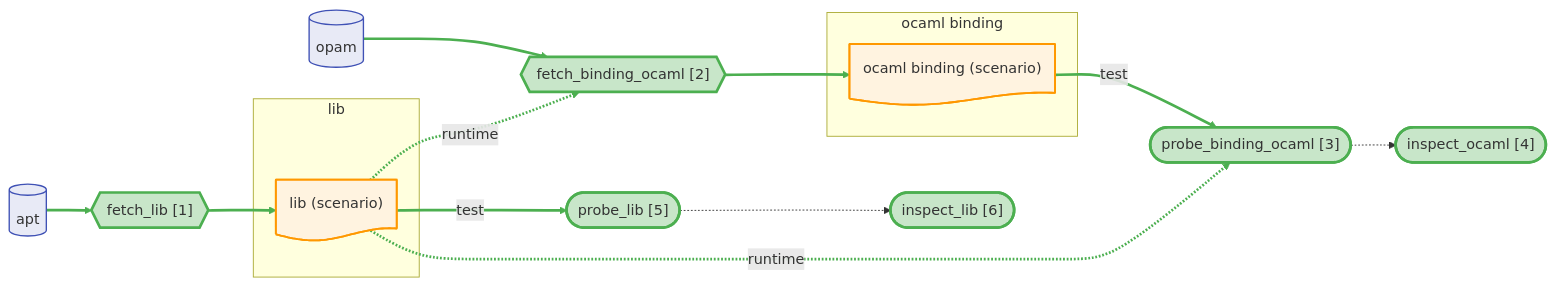
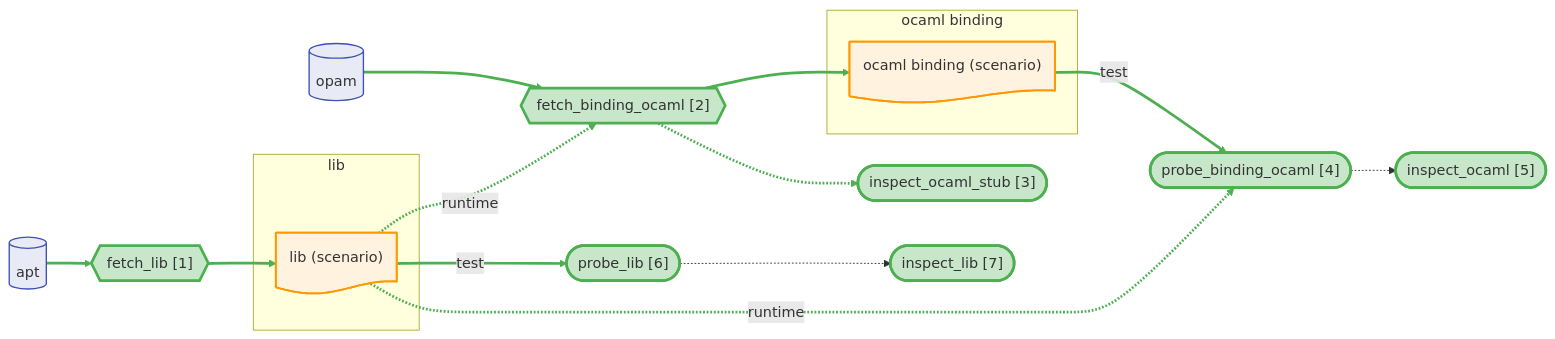
Before and after one commit to JHU-PL-Lab/tola: the diagram in docs/canary/projects/cairo/-run/diagrams/full.mmd, drawn with Mermaid. The commit also changed 129 other files, not shown here.

```diff
--- a/docs/canary/projects/cairo/-run/diagrams/full.mmd
+++ b/docs/canary/projects/cairo/-run/diagrams/full.mmd
@@ -1,53 +1,57 @@
 %% view: full
 graph LR
     subgraph lib_sg ["lib"]
       lib_node@{ shape: doc, label: "lib (scenario)" }
     end
     subgraph ocaml_binding_sg ["ocaml binding"]
       ocaml_binding_node@{ shape: doc, label: "ocaml binding (scenario)" }
     end
 
     apt_store@{ shape: cyl, label: "apt" }
     opam_store@{ shape: cyl, label: "opam" }
 
     A_fetch_lib{{"fetch_lib [1]"}}
     A_fetch_binding_ocaml{{"fetch_binding_ocaml [2]"}}
-    A_probe_binding_ocaml(["probe_binding_ocaml [3]"])
-    A_probe_binding_ocaml_inspect(["inspect_ocaml [4]"])
-    A_probe_lib(["probe_lib [5]"])
-    A_probe_lib_inspect(["inspect_lib [6]"])
+    A_fetch_binding_ocaml_stub_inspect(["inspect_ocaml_stub [3]"])
+    A_probe_binding_ocaml(["probe_binding_ocaml [4]"])
+    A_probe_binding_ocaml_inspect(["inspect_ocaml [5]"])
+    A_probe_lib(["probe_lib [6]"])
+    A_probe_lib_inspect(["inspect_lib [7]"])
 
     apt_store --> A_fetch_lib --> lib_node
     lib_node -->|test| A_probe_lib
     opam_store --> A_fetch_binding_ocaml --> ocaml_binding_node
     lib_node -.->|runtime| A_fetch_binding_ocaml
     ocaml_binding_node -->|test| A_probe_binding_ocaml
     lib_node -.->|runtime| A_probe_binding_ocaml
+    A_fetch_binding_ocaml -.-> A_fetch_binding_ocaml_stub_inspect
     A_probe_binding_ocaml -.-> A_probe_binding_ocaml_inspect
     A_probe_lib -.-> A_probe_lib_inspect
 
     classDef artifact fill:#fff3e0,stroke:#ff9800,stroke-width:2px
     classDef store fill:#e8eaf6,stroke:#3f51b5,stroke-width:1.5px
     classDef st_done fill:#c8e6c9,stroke:#4caf50,stroke-width:3px
     classDef st_done_ctx fill:#e8f5e9,stroke:#a5d6a7,stroke-width:1.5px
     classDef st_expected_fail fill:#fff9c4,stroke:#f9a825,stroke-width:2px
     classDef st_failed fill:#ffcdd2,stroke:#c62828,stroke-width:2px
     classDef st_skipped fill:#f5f5f5,stroke:#9e9e9e,stroke-dasharray:5
     classDef st_nospec fill:#fafafa,stroke:#bdbdbd,stroke-dasharray:5
     class lib_node,ocaml_binding_node artifact
     class apt_store store
     class opam_store store
     class A_fetch_lib st_done
     class A_fetch_binding_ocaml st_done
+    class A_fetch_binding_ocaml_stub_inspect st_done
     class A_probe_binding_ocaml st_done
     class A_probe_binding_ocaml_inspect st_done
     class A_probe_lib st_done
     class A_probe_lib_inspect st_done
     linkStyle 0 stroke:#4caf50,stroke-width:3px
     linkStyle 1 stroke:#4caf50,stroke-width:3px
     linkStyle 2 stroke:#4caf50,stroke-width:3px
     linkStyle 3 stroke:#4caf50,stroke-width:3px
     linkStyle 4 stroke:#4caf50,stroke-width:3px
     linkStyle 5 stroke:#4caf50,stroke-width:3px
     linkStyle 6 stroke:#4caf50,stroke-width:3px
     linkStyle 7 stroke:#4caf50,stroke-width:3px
+    linkStyle 8 stroke:#4caf50,stroke-width:3px
```
